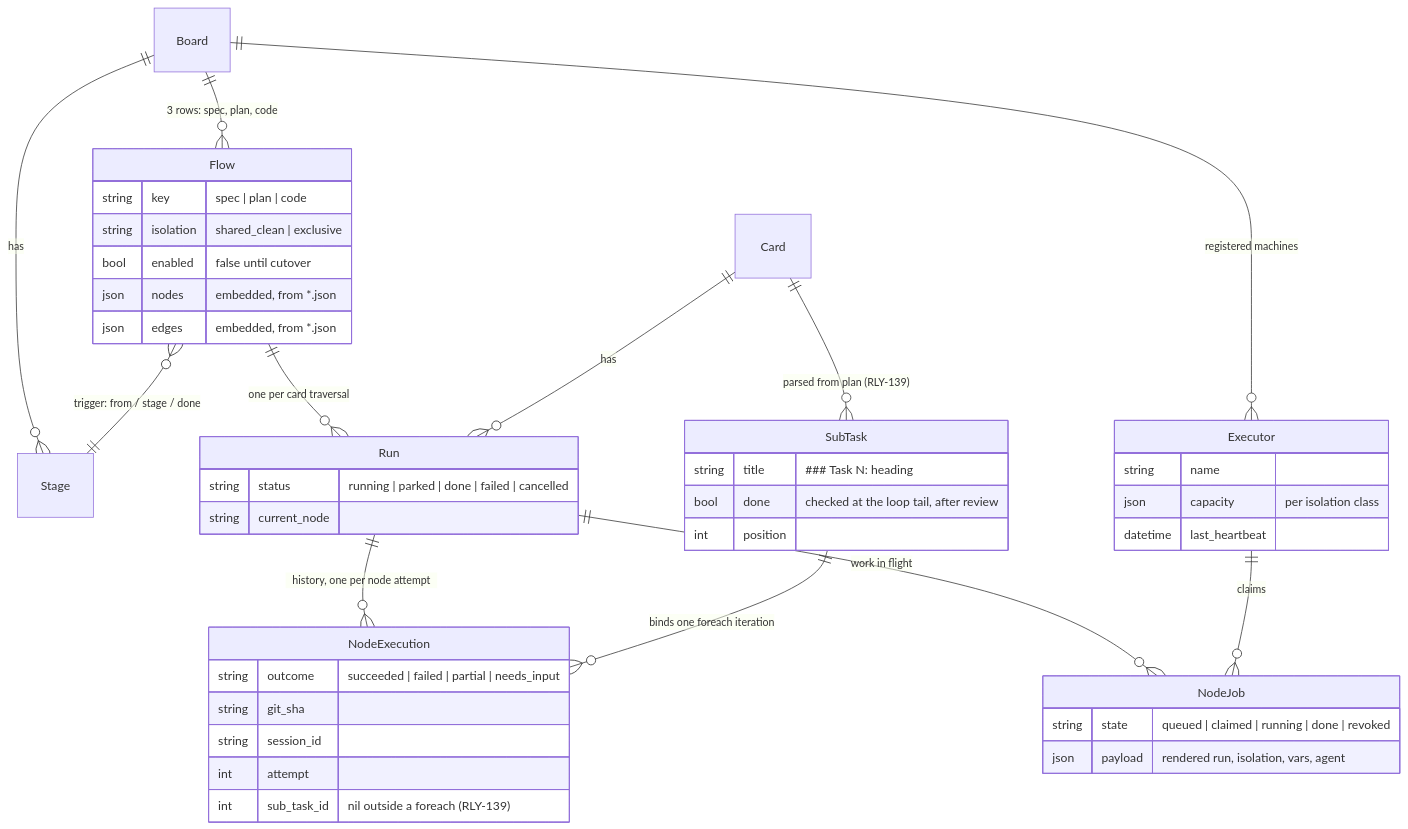
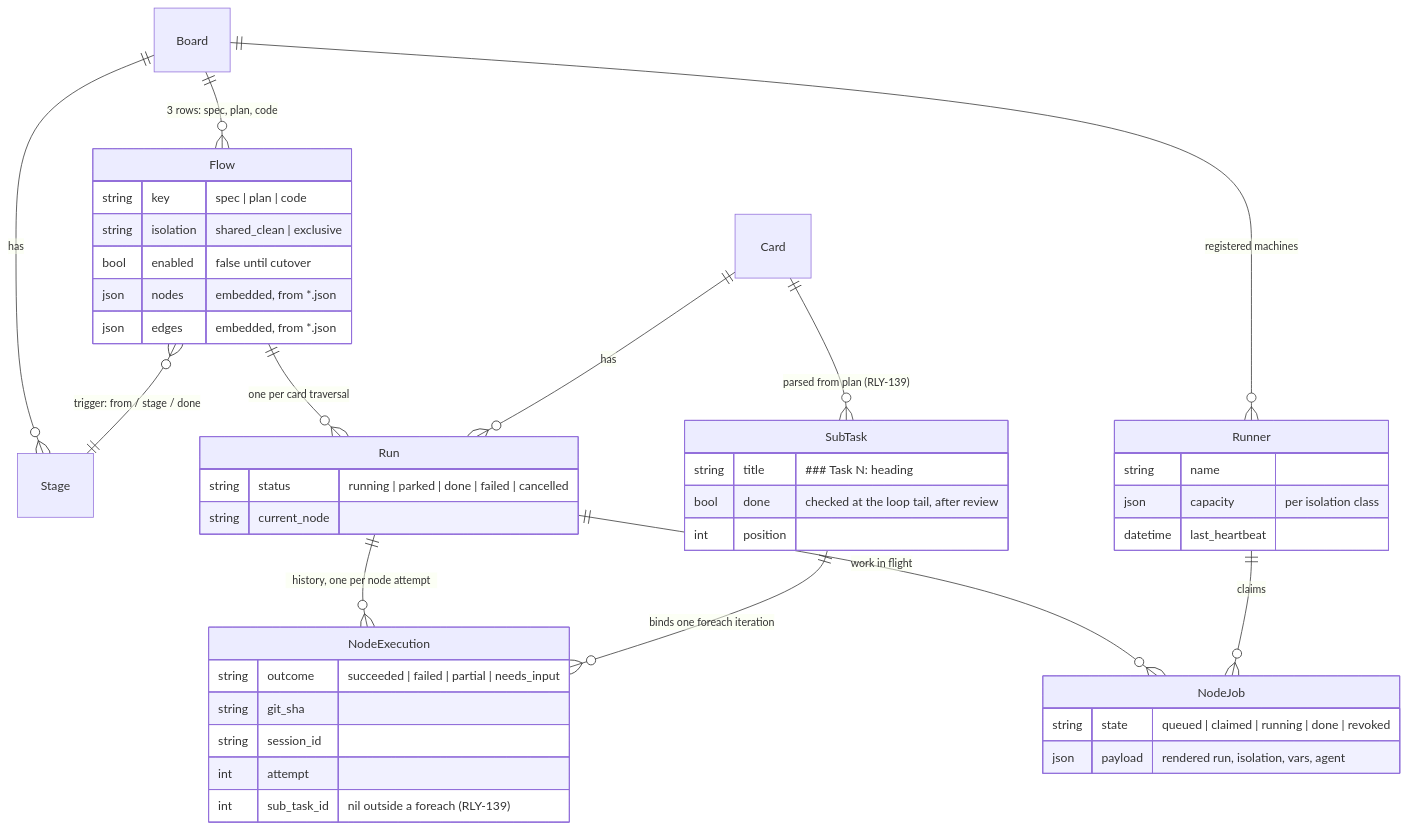
Before and after one commit to jeremylightsmith/relay: the diagram in docs/designs/flows/worked-example.md, drawn with Mermaid. The commit also changed other lines of this file and 169 other files, not shown here.

First line of the commit message:
re 319 let s call the executor the runner every (#234)

````diff
--- a/docs/designs/flows/worked-example.md
+++ b/docs/designs/flows/worked-example.md
@@ -207,47 +207,47 @@
 ```mermaid
 erDiagram
     Board ||--o{ Stage : has
     Board ||--o{ Flow : "3 rows: spec, plan, code"
     Flow }o--|| Stage : "trigger: from / stage / done"
     Flow ||--o{ Run : "one per card traversal"
     Card ||--o{ Run : has
     Card ||--o{ SubTask : "parsed from plan (RLY-139)"
     Run ||--o{ NodeExecution : "history, one per node attempt"
     Run ||--o{ NodeJob : "work in flight"
     SubTask ||--o{ NodeExecution : "binds one foreach iteration"
-    Executor ||--o{ NodeJob : claims
-    Board ||--o{ Executor : "registered machines"
+    Runner ||--o{ NodeJob : claims
+    Board ||--o{ Runner : "registered machines"
 
     Flow {
         string key "spec | plan | code"
         string isolation "shared_clean | exclusive"
         bool enabled "false until cutover"
         json nodes "embedded, from *.json"
         json edges "embedded, from *.json"
     }
     Run {
         string status "running | parked | done | failed | cancelled"
         string current_node
     }
     SubTask {
         string title "### Task N: <name> heading"
         bool done "checked at the loop tail, after review"
         int position
     }
     NodeExecution {
         string outcome "succeeded | failed | partial | needs_input"
         string git_sha
         string session_id
         int attempt
         int sub_task_id "nil outside a foreach (RLY-139)"
     }
     NodeJob {
         string state "queued | claimed | running | done | revoked"
         json payload "rendered run, isolation, vars, agent"
     }
-    Executor {
+    Runner {
         string name
         json capacity "per isolation class"
         datetime last_heartbeat
     }
 ```
````
